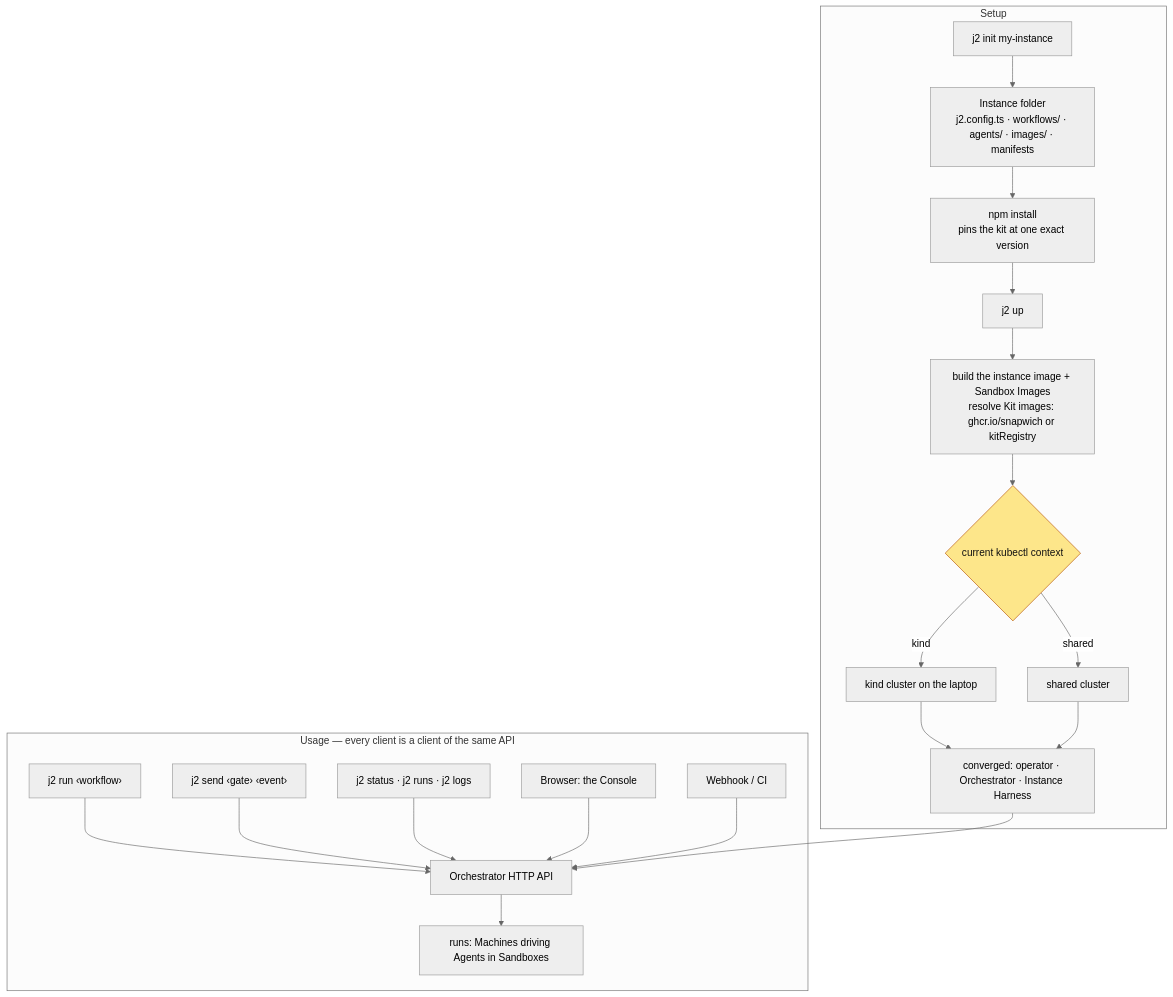
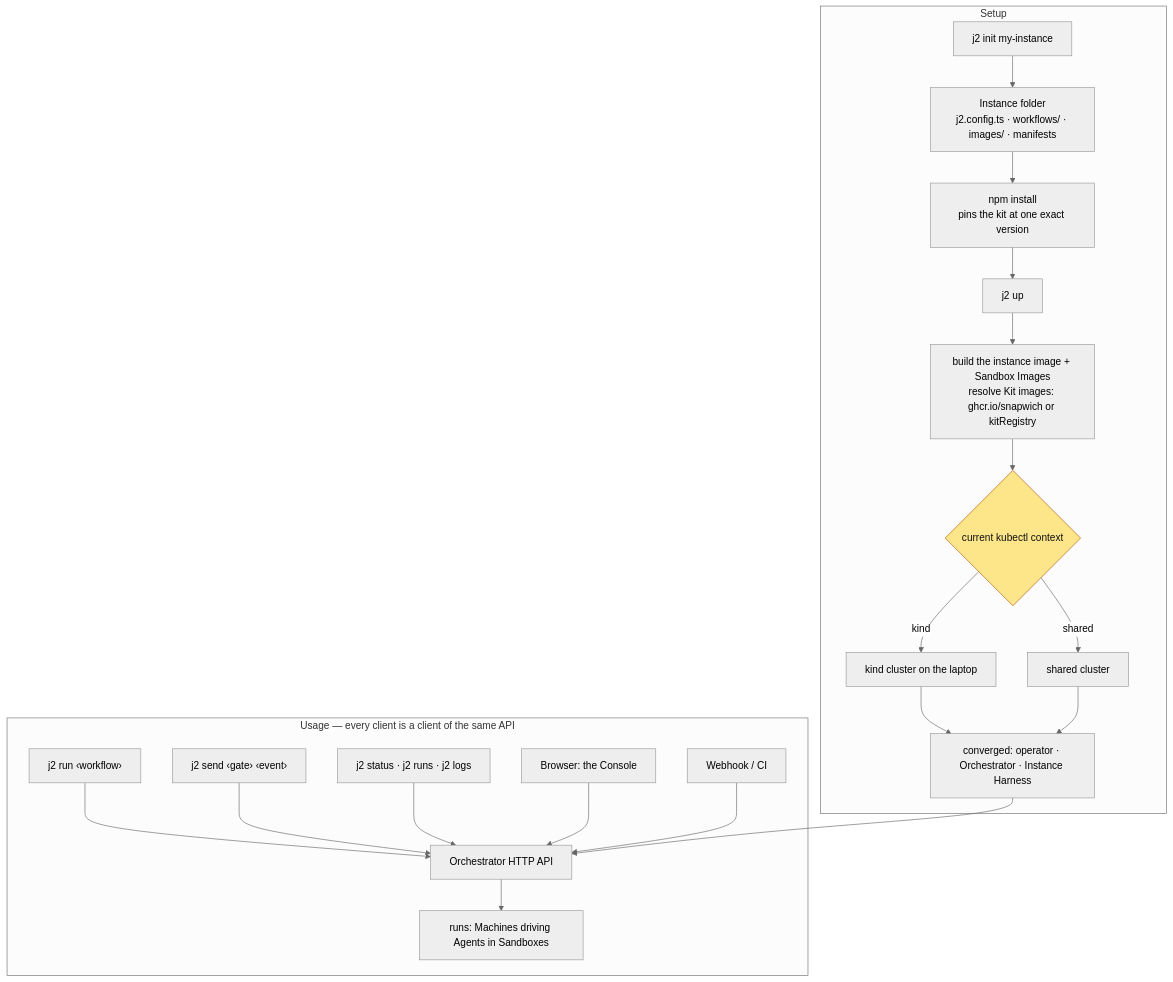
Before and after one commit to snapwich/jr2: the third of 4 diagrams in docs/architecture.md, drawn with Mermaid (neutral theme). The commit also changed other lines of this file and 53 other files, not shown here.

````diff
--- a/docs/architecture.md
+++ b/docs/architecture.md
@@ -176,28 +176,28 @@
 ```mermaid
 flowchart TB
   subgraph setup["Setup"]
-    init["j2 init my-instance"] --> folder["Instance folder<br/>j2.config.ts · workflows/ · agents/ · images/ · manifests"]
+    init["j2 init my-instance"] --> folder["Instance folder<br/>j2.config.ts · workflows/ · images/ · manifests"]
     folder --> install["npm install<br/>pins the kit at one exact version"]
     install --> up["j2 up"]
     up --> imgs["build the instance image + Sandbox Images<br/>resolve Kit images: ghcr.io/snapwich or kitRegistry"]
     imgs --> ctx{"current kubectl context"}
     ctx -->|kind| kind["kind cluster on the laptop"]
     ctx -->|shared| shared["shared cluster"]
     kind --> conv["converged: operator · Orchestrator · Instance Harness"]
     shared --> conv
   end
 
   subgraph usage["Usage — every client is a client of the same API"]
     run["j2 run ‹workflow›"] --> api["Orchestrator HTTP API"]
     send["j2 send ‹gate› ‹event›"] --> api
     status["j2 status · j2 runs · j2 logs"] --> api
     console["Browser: the Console"] --> api
     hook["Webhook / CI"] --> api
     api --> runs["runs: Machines driving Agents in Sandboxes"]
   end
 
   conv --> api
 
   classDef fork fill:#fde68a,stroke:#b45309,color:#111
   class ctx fork
 ```
````
